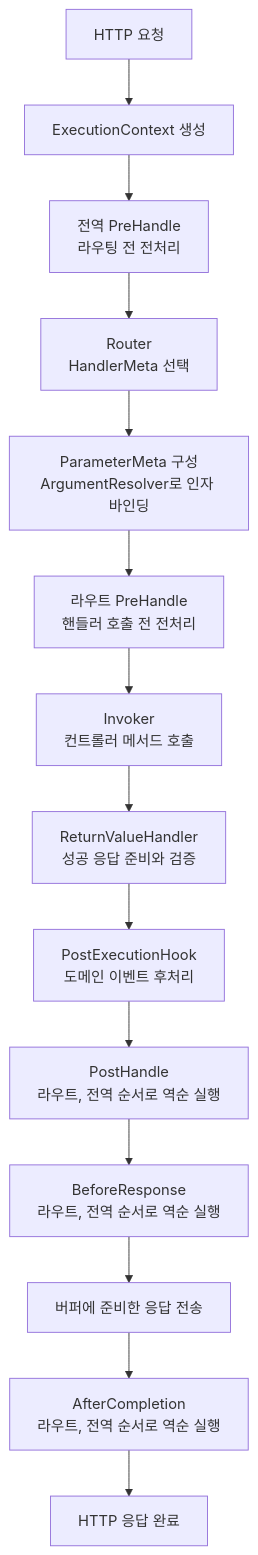
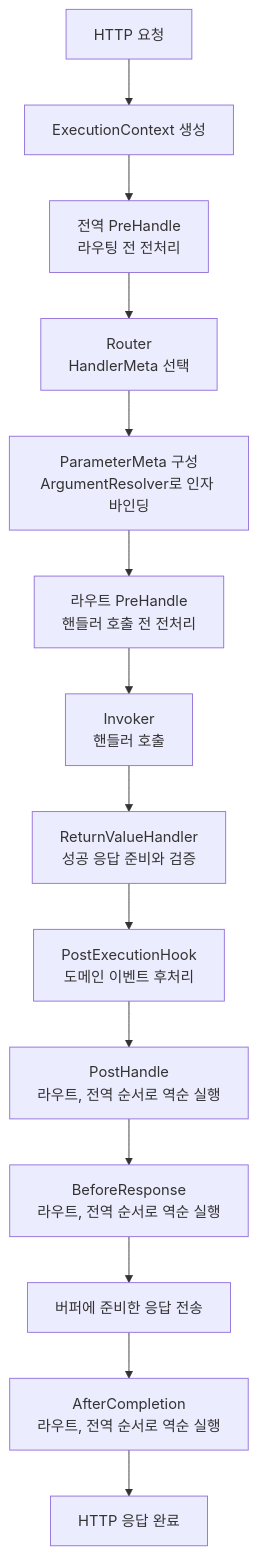
Before and after one commit to NARUBROWN/spine-site: the diagram in docs/ko/learn/core-concepts/pipeline.md, drawn with Mermaid. The commit also changed other lines of this file and 193 other files, not shown here.

````diff
--- a/docs/ko/learn/core-concepts/pipeline.md
+++ b/docs/ko/learn/core-concepts/pipeline.md
@@ -21,31 +17,31 @@
 ```mermaid
 graph TD
     Request["HTTP 요청"]
     Context["ExecutionContext 생성"]
     GlobalPre["전역 PreHandle<br>라우팅 전 전처리"]
     Router["Router<br>HandlerMeta 선택"]
     Binding["ParameterMeta 구성<br>ArgumentResolver로 인자 바인딩"]
     RoutePre["라우트 PreHandle<br>핸들러 호출 전 전처리"]
-    Handler["Invoker<br>컨트롤러 메서드 호출"]
+    Handler["Invoker<br>핸들러 호출"]
     Return["ReturnValueHandler<br>성공 응답 준비와 검증"]
     Hook["PostExecutionHook<br>도메인 이벤트 후처리"]
     Post["PostHandle<br>라우트, 전역 순서로 역순 실행"]
     Before["BeforeResponse<br>라우트, 전역 순서로 역순 실행"]
     Flush["버퍼에 준비한 응답 전송"]
     After["AfterCompletion<br>라우트, 전역 순서로 역순 실행"]
     Response["HTTP 응답 완료"]
 
     Request --> Context
     Context --> GlobalPre
     GlobalPre --> Router
     Router --> Binding
     Binding --> RoutePre
     RoutePre --> Handler
     Handler --> Return
     Return --> Hook
     Hook --> Post
     Post --> Before
     Before --> Flush
     Flush --> After
     After --> Response
 ```
````
